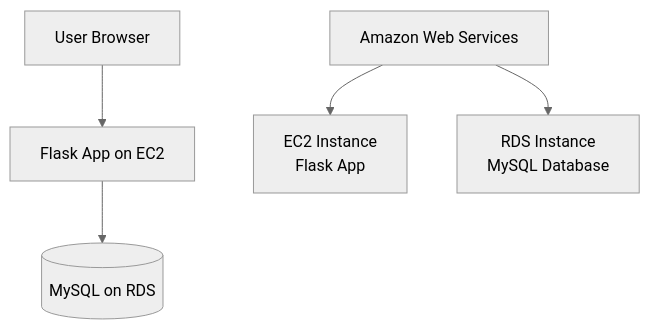
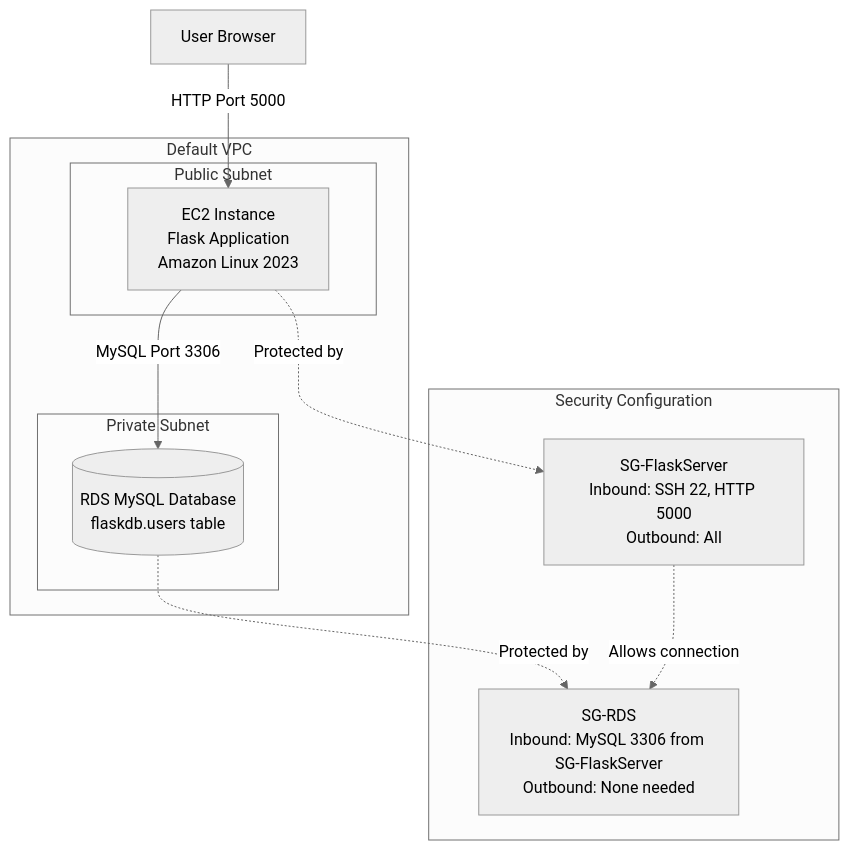
One commit to sujith-eag/sujith-library changed the diagram in docs/dev-cloud/cloud_lab/7_Databases/lab_17.md. Above: the diagram before and after it, drawn with Mermaid (neutral theme). The commit also changed other lines of this file and 30 other files, not shown here.

````diff
--- a/docs/dev-cloud/cloud_lab/7_Databases/lab_17.md
+++ b/docs/dev-cloud/cloud_lab/7_Databases/lab_17.md
@@ -41,8 +43,24 @@
 ```mermaid
 flowchart TD
-    User[User Browser] --> Flask[Flask App on EC2]
-    Flask --> RDS[(MySQL on RDS)]
+    User[User Browser] -->|HTTP Port 5000| EC2[EC2 Instance<br/>Flask Application<br/>Amazon Linux 2023]
     
-    AWS[Amazon Web Services] --> EC2[EC2 Instance<br/>Flask App]
-    AWS --> RDS_Instance[RDS Instance<br/>MySQL Database]
+    EC2 -->|MySQL Port 3306| RDS[(RDS MySQL Database<br/>flaskdb.users table)]
+    
+    subgraph VPC [Default VPC]
+        subgraph PublicSubnet [Public Subnet]
+            EC2
+        end
+        subgraph PrivateSubnet [Private Subnet]
+            RDS
+        end
+    end
+    
+    subgraph SecurityGroups [Security Configuration]
+        SG_EC2[SG-FlaskServer<br/>Inbound: SSH 22, HTTP 5000<br/>Outbound: All]
+        SG_RDS[SG-RDS<br/>Inbound: MySQL 3306 from SG-FlaskServer<br/>Outbound: None needed]
+    end
+    
+    EC2 -.->|Protected by| SG_EC2
+    RDS -.->|Protected by| SG_RDS
+    SG_EC2 -.->|Allows connection| SG_RDS
 ```
````
